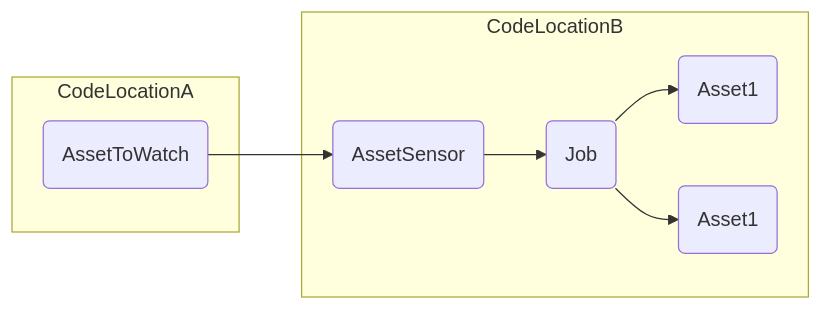
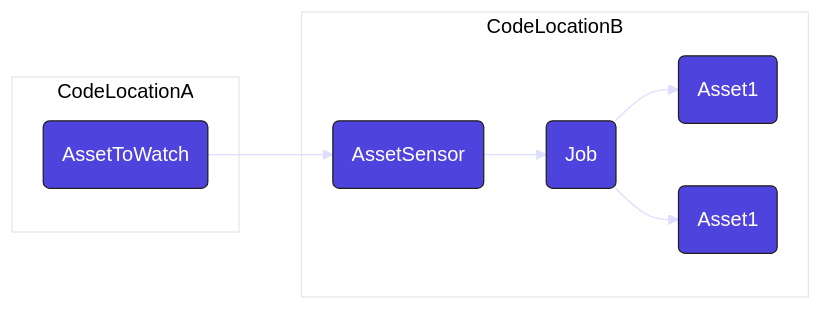
The first of 2 diagrams in docs/docs/guides/automate/asset-sensors.md (dagster-io/dagster), drawn with Mermaid before and after one commit. The commit also changed 3 other files, not shown here.

First line of the commit message:
[docs] Standardize mermaid diagrams palette (#27794)

````diff
--- a/docs/docs/guides/automate/asset-sensors.md
+++ b/docs/docs/guides/automate/asset-sensors.md
@@ -28,19 +28,33 @@
 ```mermaid
+%%{
+  init: {
+    'theme': 'base',
+    'themeVariables': {
+      'primaryColor': '#4F43DD',
+      'primaryTextColor': '#FFFFFF',
+      'primaryBorderColor': '#231F1B',
+      'lineColor': '#DEDDFF',
+      'secondaryColor': '#BDBAB7',
+      'tertiaryColor': '#FFFFFF'
+    }
+  }
+}%%
+
 graph LR;
 
 AssetToWatch(AssetToWatch) --> AssetSensor(AssetSensor);
 AssetSensor--> Job(Job);
 Job --> Asset1(Asset1);
 Job --> Asset2(Asset1);
 
 subgraph CodeLocationA
     AssetToWatch
 end
 
 subgraph CodeLocationB
     AssetSensor
     Job
     Asset1
     Asset2
 end
 ```
````
